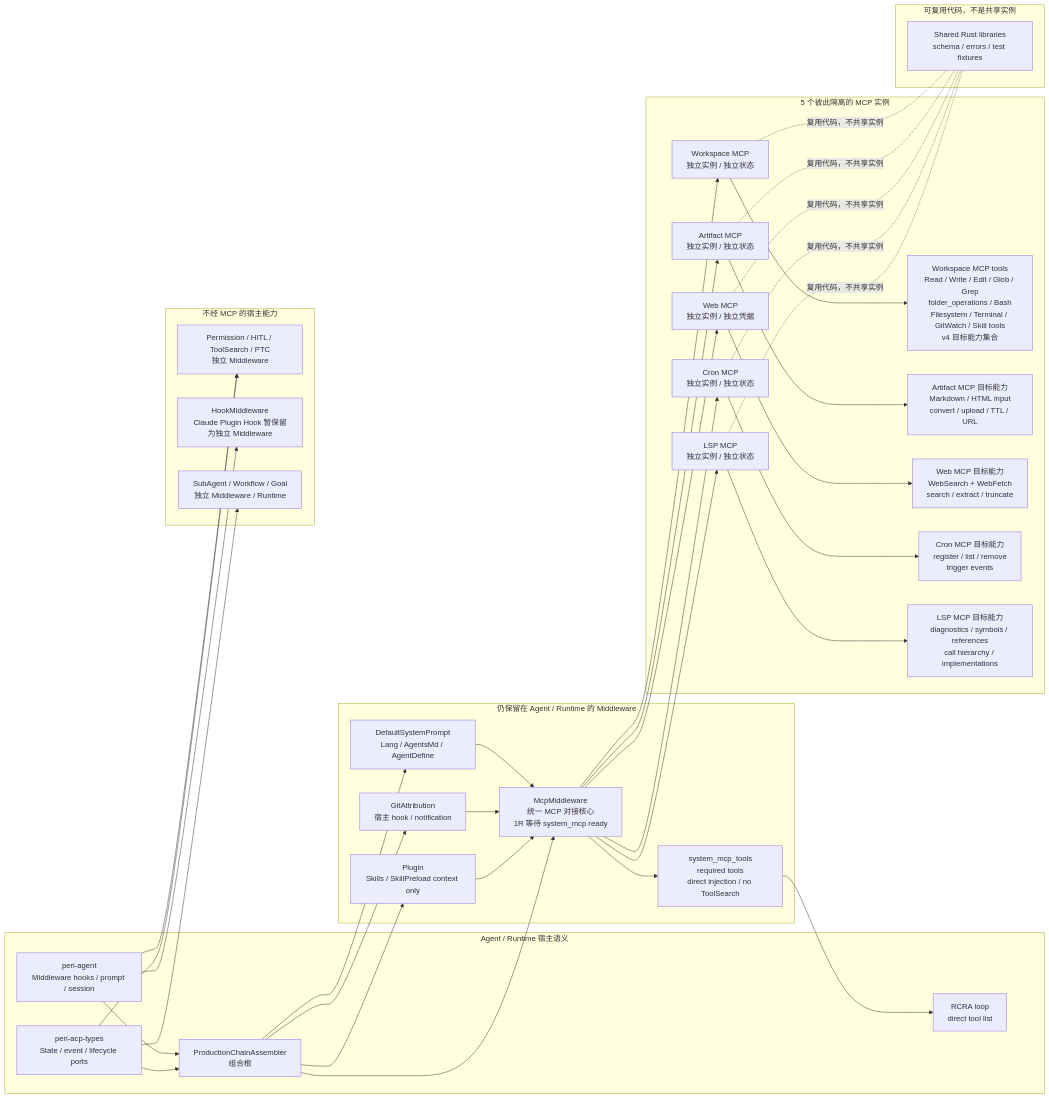
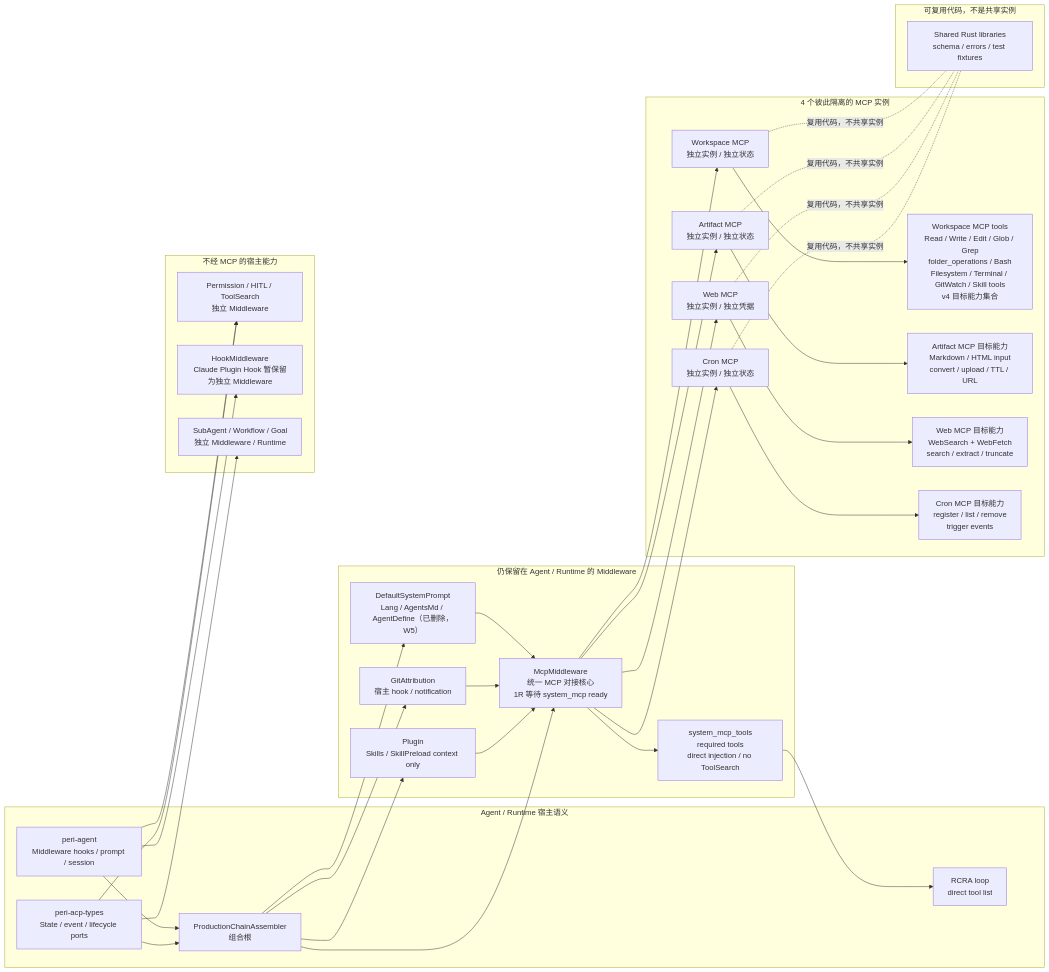
Before and after one commit to KonghaYao/peri: the diagram in docs/design/mcp-adaptation-v4-part-1.md, drawn with Mermaid. The commit also changed other lines of this file and 825 other files, not shown here.

````diff
--- a/docs/design/mcp-adaptation-v4-part-1.md
+++ b/docs/design/mcp-adaptation-v4-part-1.md
@@ -78,80 +81,74 @@
 ```mermaid
 flowchart LR
     subgraph HOST[Agent / Runtime 宿主语义]
         AGENT[peri-agent<br/>Middleware hooks / prompt / session]
         PORTS[peri-acp-types<br/>State / event / lifecycle ports]
         ASSEMBLY[ProductionChainAssembler<br/>组合根]
         RCRA[RCRA loop<br/>direct tool list]
     end
 
     subgraph ADAPTERS[仍保留在 Agent / Runtime 的 Middleware]
-        CONTEXT[DefaultSystemPrompt<br/>Lang / AgentsMd / AgentDefine]
+        CONTEXT[DefaultSystemPrompt<br/>Lang / AgentsMd / AgentDefine（已删除，W5）]
         WORKSPACE[GitAttribution<br/>宿主 hook / notification]
         EXT[Plugin<br/>Skills / SkillPreload context only]
         MCP_MW[McpMiddleware<br/>统一 MCP 对接核心<br/>1R 等待 system_mcp ready]
         SYSTEM_TOOLS[system_mcp_tools<br/>required tools<br/>direct injection / no ToolSearch]
     end
 
-    subgraph MCP[5 个彼此隔离的 MCP 实例]
+    subgraph MCP[4 个彼此隔离的 MCP 实例]
         WS[Workspace MCP<br/>独立实例 / 独立状态]
         WSCAP[Workspace MCP tools<br/>Read / Write / Edit / Glob / Grep<br/>folder_operations / Bash<br/>Filesystem / Terminal / GitWatch / Skill tools<br/>v4 目标能力集合]
 
         ART[Artifact MCP<br/>独立实例 / 独立状态]
         ARTCAP[Artifact MCP 目标能力<br/>Markdown / HTML input<br/>convert / upload / TTL / URL]
 
         WEB_MCP[Web MCP<br/>独立实例 / 独立凭据]
         WEBCAP[Web MCP 目标能力<br/>WebSearch + WebFetch<br/>search / extract / truncate]
 
         CRON[Cron MCP<br/>独立实例 / 独立状态]
         CRONCAP[Cron MCP 目标能力<br/>register / list / remove<br/>trigger events]
-
-        LSP[LSP MCP<br/>独立实例 / 独立状态]
-        LSPCAP[LSP MCP 目标能力<br/>diagnostics / symbols / references<br/>call hierarchy / implementations]
     end
 
     subgraph LIBS[可复用代码，不是共享实例]
         COMMON[Shared Rust libraries<br/>schema / errors / test fixtures]
     end
 
     subgraph DIRECT[不经 MCP 的宿主能力]
-        CONTROL[Permission / HITL / ToolSearch / PTC<br/>独立 Middleware]
+        CONTROL[Permission / HITL / ToolSearch<br/>独立 Middleware]
         HOOK[HookMiddleware<br/>Claude Plugin Hook 暂保留为独立 Middleware]
         RUNTIME[SubAgent / Workflow / Goal<br/>独立 Middleware / Runtime]
     end
 
     AGENT --> ASSEMBLY
     PORTS --> ASSEMBLY
     ASSEMBLY --> CONTEXT
     ASSEMBLY --> WORKSPACE
     ASSEMBLY --> EXT
     ASSEMBLY --> MCP_MW
 
     CONTEXT --> MCP_MW
     WORKSPACE --> MCP_MW
     EXT --> MCP_MW
 
     MCP_MW --> WS
     MCP_MW --> ART
     MCP_MW --> WEB_MCP
     MCP_MW --> CRON
-    MCP_MW --> LSP
     MCP_MW --> SYSTEM_TOOLS
     SYSTEM_TOOLS --> RCRA
 
     WS --> WSCAP
     ART --> ARTCAP
     WEB_MCP --> WEBCAP
     CRON --> CRONCAP
-    LSP --> LSPCAP
 
     WS -. "复用代码，不共享实例" .- COMMON
     ART -. "复用代码，不共享实例" .- COMMON
     WEB_MCP -. "复用代码，不共享实例" .- COMMON
     CRON -. "复用代码，不共享实例" .- COMMON
-    LSP -. "复用代码，不共享实例" .- COMMON
 
     AGENT --> CONTROL
     PORTS --> CONTROL
     AGENT --> HOOK
     PORTS --> RUNTIME
 ```
````
